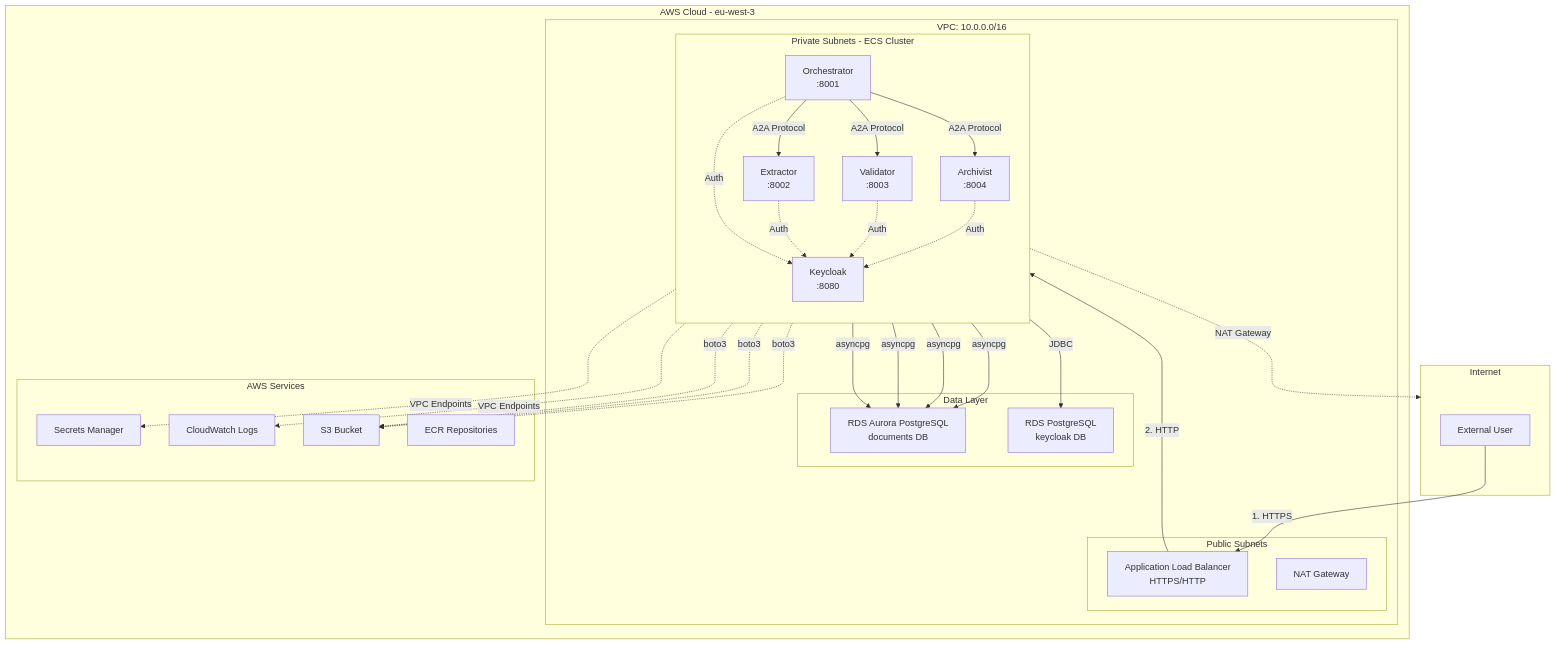
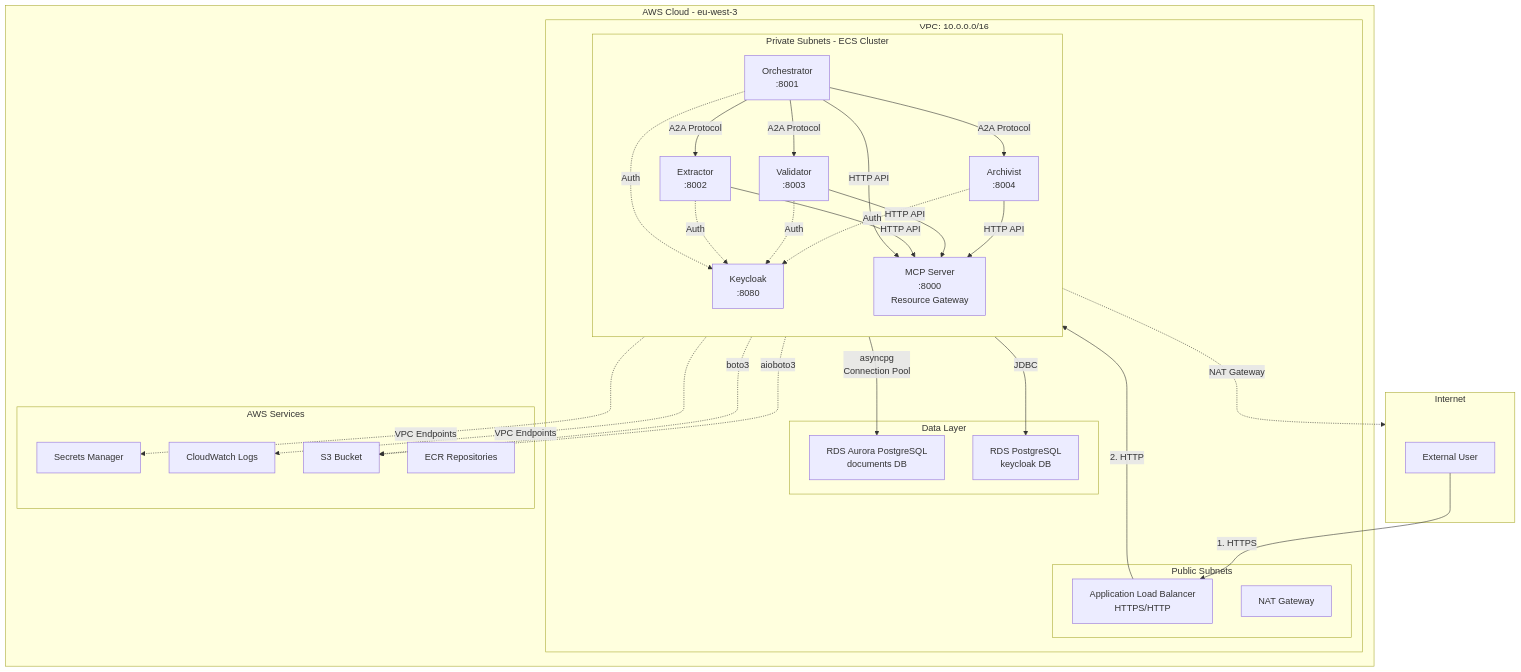
Before and after one commit to jaafar-benabderrazak/ca_a2a: the first of 8 diagrams in A2A_SECURITY_ARCHITECTURE.md, drawn with Mermaid. The commit also changed other lines of this file, not shown here.

First line of the commit message:
Update security architecture documentation with MCP Server

````diff
--- a/A2A_SECURITY_ARCHITECTURE.md
+++ b/A2A_SECURITY_ARCHITECTURE.md
@@ -46,61 +48,63 @@
 ```mermaid
 graph TB
     subgraph Internet
         User[External User]
     end
     
     subgraph AWS["AWS Cloud - eu-west-3"]
         subgraph VPC["VPC: 10.0.0.0/16"]
             subgraph Public["Public Subnets"]
                 ALB[Application Load Balancer<br/>HTTPS/HTTP]
                 NAT[NAT Gateway]
             end
             
             subgraph Private["Private Subnets - ECS Cluster"]
                 direction TB
                 Orch[Orchestrator<br/>:8001]
                 Ext[Extractor<br/>:8002]
                 Val[Validator<br/>:8003]
                 Arch[Archivist<br/>:8004]
                 KC[Keycloak<br/>:8080]
+                MCP[MCP Server<br/>:8000<br/>Resource Gateway]
             end
             
             subgraph Data["Data Layer"]
                 RDS[RDS Aurora PostgreSQL<br/>documents DB]
                 KC_RDS[RDS PostgreSQL<br/>keycloak DB]
             end
         end
         
         subgraph Services["AWS Services"]
             SM[Secrets Manager]
             CW[CloudWatch Logs]
             S3[S3 Bucket]
             ECR[ECR Repositories]
         end
     end
     
     User -->|1. HTTPS| ALB
     ALB -->|2. HTTP| Orch
     Orch -->|A2A Protocol| Ext
     Orch -->|A2A Protocol| Val
     Orch -->|A2A Protocol| Arch
     
     Orch -.->|Auth| KC
     Ext -.->|Auth| KC
     Val -.->|Auth| KC
     Arch -.->|Auth| KC
     
     KC -->|JDBC| KC_RDS
-    Orch -->|asyncpg| RDS
-    Ext -->|asyncpg| RDS
-    Val -->|asyncpg| RDS
-    Arch -->|asyncpg| RDS
     
-    Orch -.->|boto3| S3
-    Ext -.->|boto3| S3
+    Orch -->|HTTP API| MCP
+    Ext -->|HTTP API| MCP
+    Val -->|HTTP API| MCP
+    Arch -->|HTTP API| MCP
+    
+    MCP -->|asyncpg<br/>Connection Pool| RDS
+    MCP -.->|aioboto3| S3
     Arch -.->|boto3| S3
     
     Private -.->|VPC Endpoints| SM
     Private -.->|VPC Endpoints| CW
     Private -.->|NAT Gateway| Internet
 ```
````
